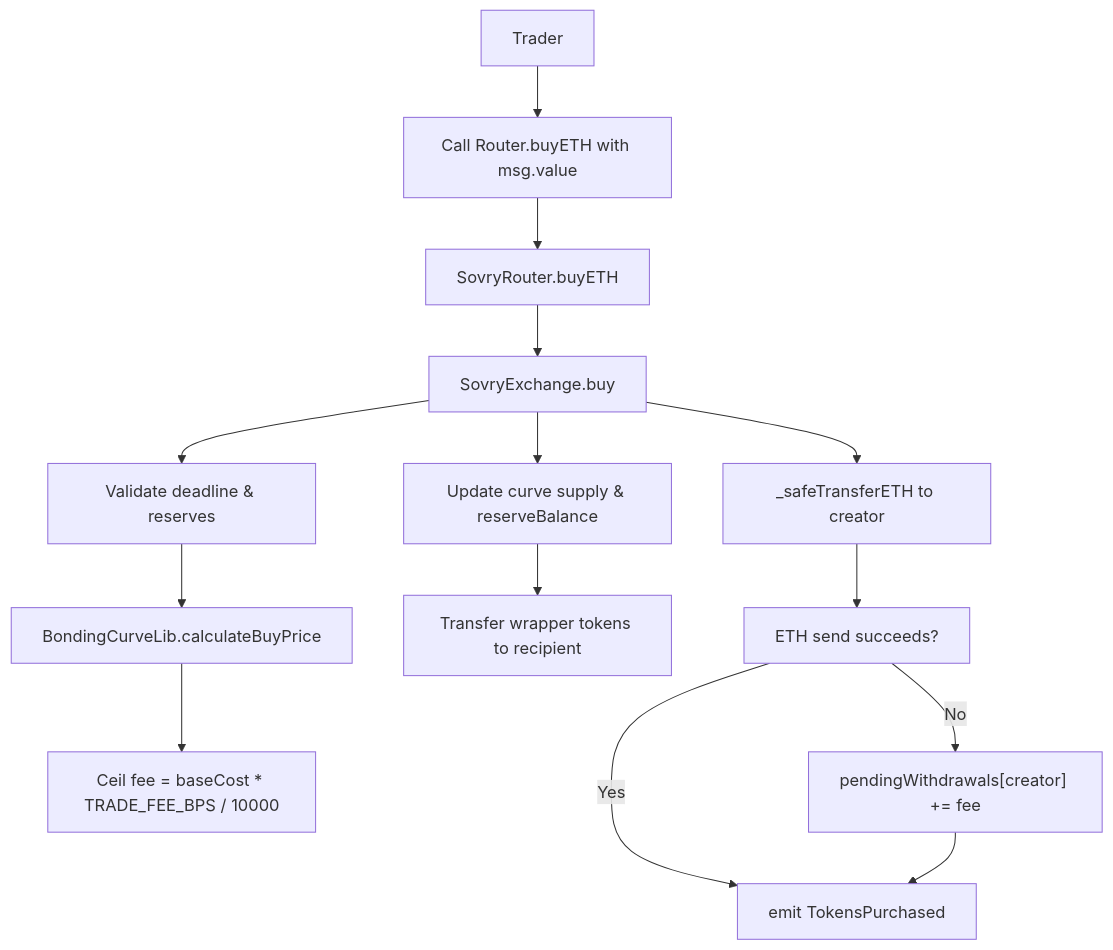
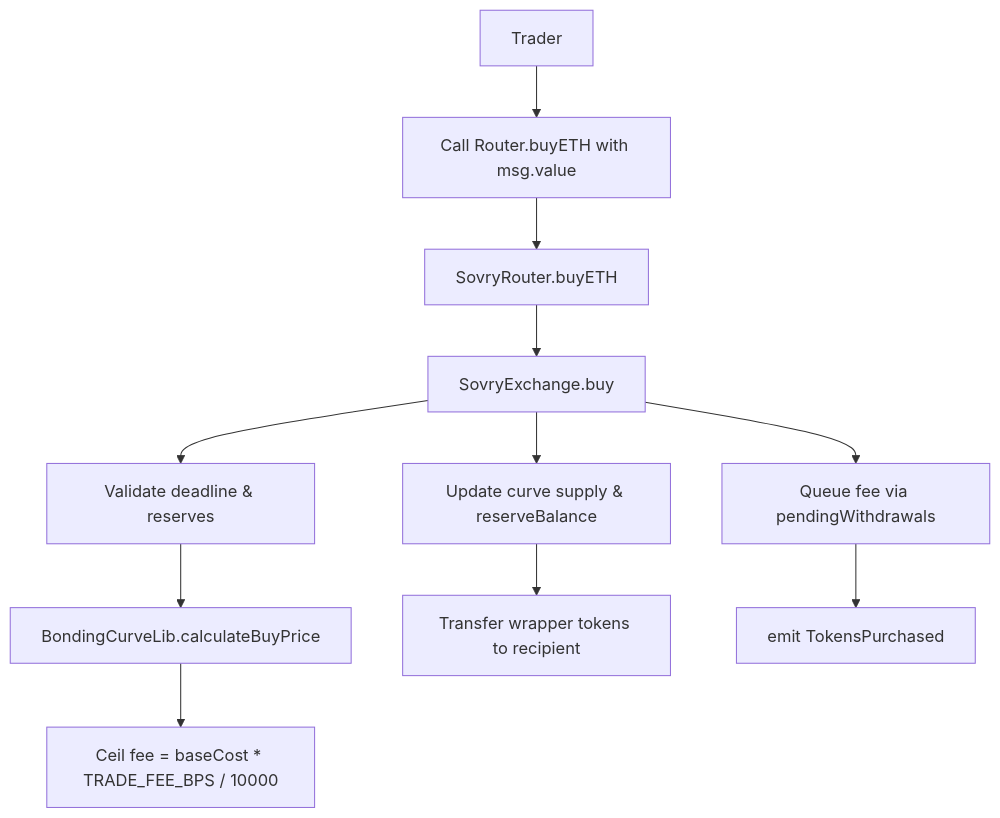
One commit to E1eng/Sovry changed the third of 7 diagrams in docs/contracts-flow.md. Above: the diagram before and after it, drawn with Mermaid. The commit also changed other lines of this file, not shown here.

````diff
--- a/docs/contracts-flow.md
+++ b/docs/contracts-flow.md
@@ -38,16 +38,13 @@
 ```mermaid
 graph TD;
     T["Trader"] --> A_BUY["Call Router.buyETH with msg.value"];
     A_BUY --> RB["SovryRouter.buyETH"];
     RB --> XB["SovryExchange.buy"];
     XB --> CHK["Validate deadline & reserves"];
     CHK --> COST["BondingCurveLib.calculateBuyPrice"];
     COST --> FEE["Ceil fee = baseCost * TRADE_FEE_BPS / 10000"];
     XB --> STATE["Update curve supply & reserveBalance"];
     STATE --> SEND["Transfer wrapper tokens to recipient"];
-    XB --> PAYC["_safeTransferETH to creator"];
-    PAYC --> FAIL_OR_OK["ETH send succeeds?"];
-    FAIL_OR_OK -->|Yes| EV["emit TokensPurchased"];
-    FAIL_OR_OK -->|No| PEND["pendingWithdrawals[creator] += fee"];
-    PEND --> EV;
+    XB --> ENQ["Queue fee via pendingWithdrawals"];
+    ENQ --> EV["emit TokensPurchased"];
 ```
````
